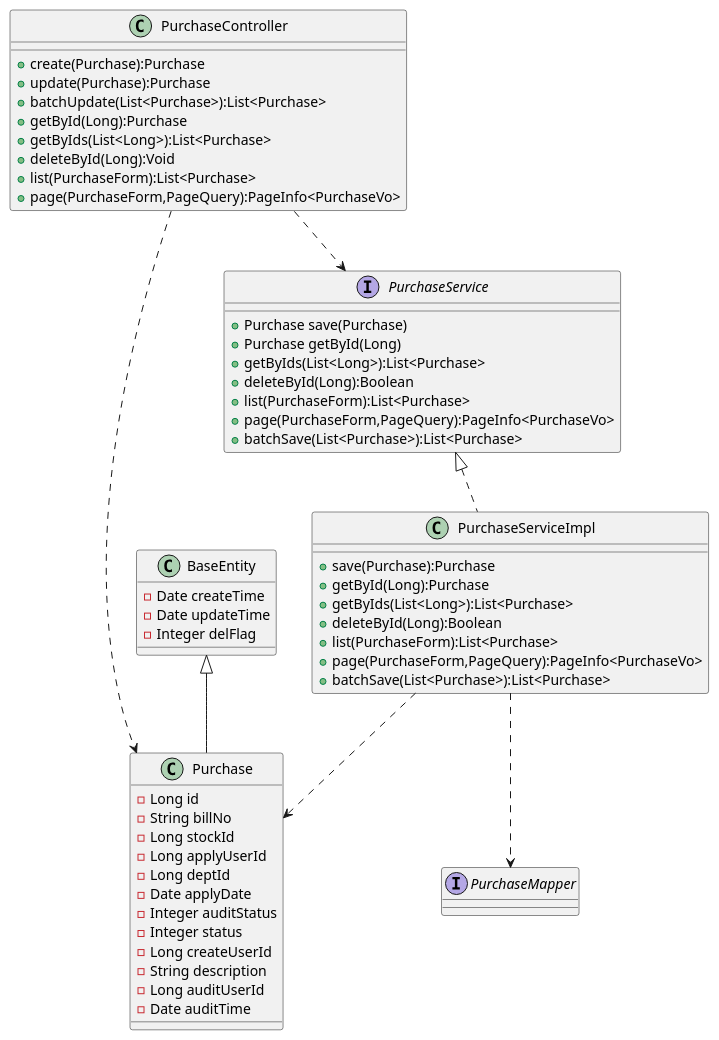
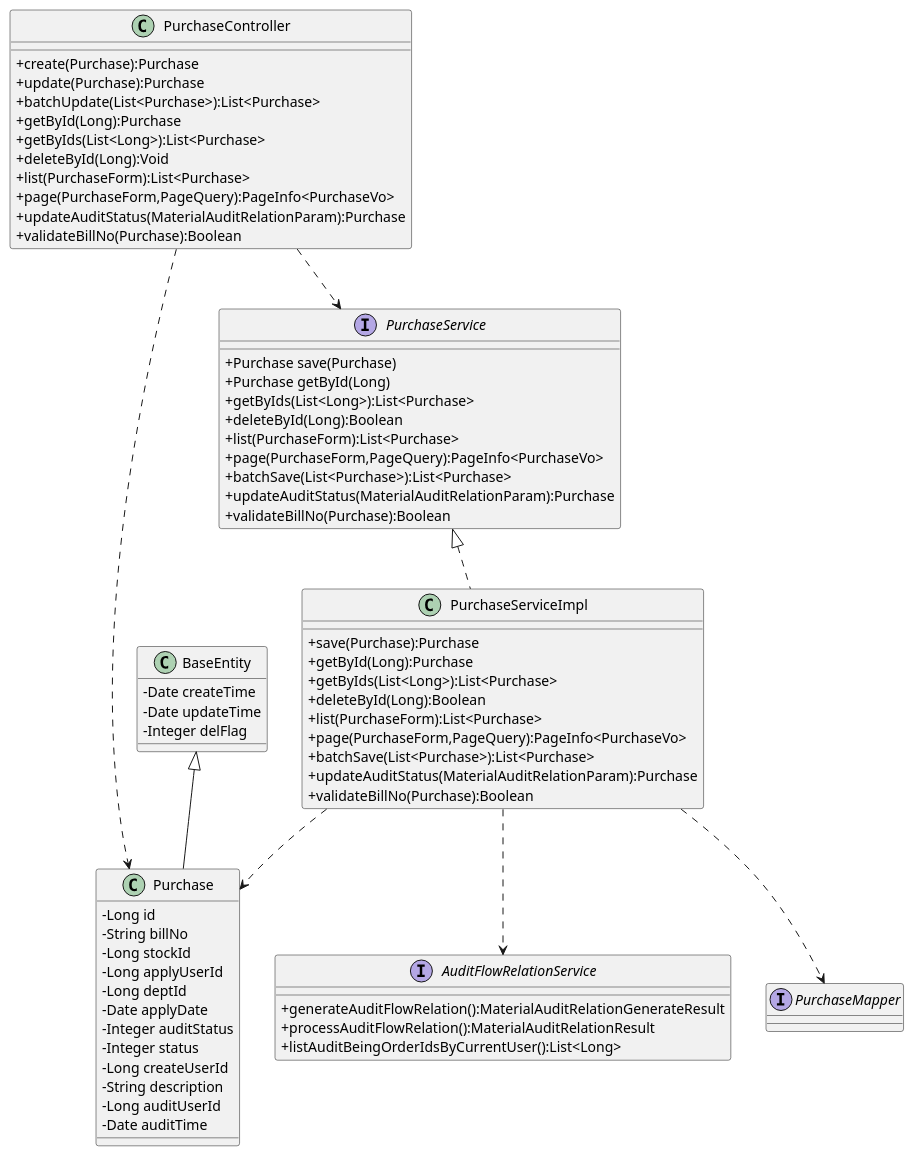
Before and after one commit to sicily621/matlink-server: the diagram in purchase.puml, drawn with PlantUML. The commit also changed 16 other files, not shown here.

```diff
--- a/purchase.puml
+++ b/purchase.puml
@@ -1,66 +1,77 @@
 @startuml
-
+skinparam classAttributeIconSize 0
 class PurchaseController {
 + create(Purchase):Purchase
 + update(Purchase):Purchase
 + batchUpdate(List<Purchase>):List<Purchase>
 + getById(Long):Purchase
 + getByIds(List<Long>):List<Purchase>
 + deleteById(Long):Void
 + list(PurchaseForm):List<Purchase>
 + page(PurchaseForm,PageQuery):PageInfo<PurchaseVo>
++ updateAuditStatus(MaterialAuditRelationParam):Purchase
++ validateBillNo(Purchase):Boolean
 }
 
 
 class Purchase {
 - Long id
 - String billNo
 - Long stockId
 - Long applyUserId
 - Long deptId
 - Date applyDate
 - Integer auditStatus
 - Integer status
 - Long createUserId
 - String description
 - Long auditUserId
 - Date auditTime
 }
 
 class PurchaseServiceImpl {
 + save(Purchase):Purchase
 + getById(Long):Purchase
 + getByIds(List<Long>):List<Purchase>
 + deleteById(Long):Boolean
 + list(PurchaseForm):List<Purchase>
 + page(PurchaseForm,PageQuery):PageInfo<PurchaseVo>
 + batchSave(List<Purchase>):List<Purchase>
++ updateAuditStatus(MaterialAuditRelationParam):Purchase
++ validateBillNo(Purchase):Boolean
 }
-
+interface AuditFlowRelationService{
++generateAuditFlowRelation():MaterialAuditRelationGenerateResult
++processAuditFlowRelation():MaterialAuditRelationResult
++listAuditBeingOrderIdsByCurrentUser():List<Long>
+}
 
 interface PurchaseService {
 + Purchase save(Purchase)
 + Purchase getById(Long)
 + getByIds(List<Long>):List<Purchase>
 + deleteById(Long):Boolean
 + list(PurchaseForm):List<Purchase>
 + page(PurchaseForm,PageQuery):PageInfo<PurchaseVo>
 + batchSave(List<Purchase>):List<Purchase>
++ updateAuditStatus(MaterialAuditRelationParam):Purchase
++ validateBillNo(Purchase):Boolean
 }
 
 interface PurchaseMapper {
 }
 class BaseEntity {
 - Date createTime
 - Date updateTime
 - Integer delFlag
 }
 
 PurchaseController ..> PurchaseService
 PurchaseController ..> Purchase
 PurchaseService <|.. PurchaseServiceImpl
 BaseEntity <|-- Purchase
 PurchaseServiceImpl ..> PurchaseMapper
 PurchaseServiceImpl ..> Purchase
+PurchaseServiceImpl ..> AuditFlowRelationService
 
 @enduml
```
